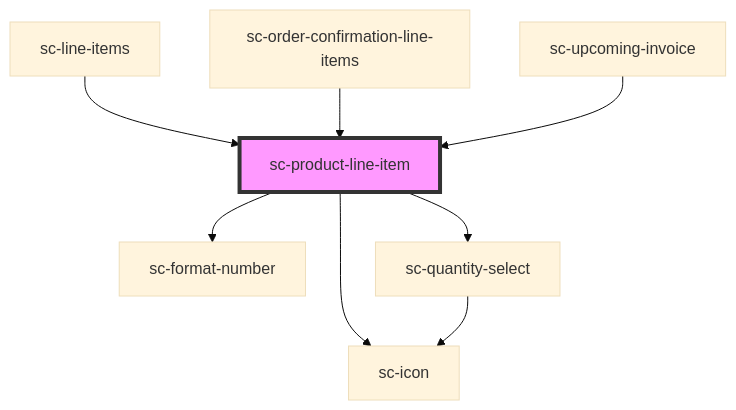
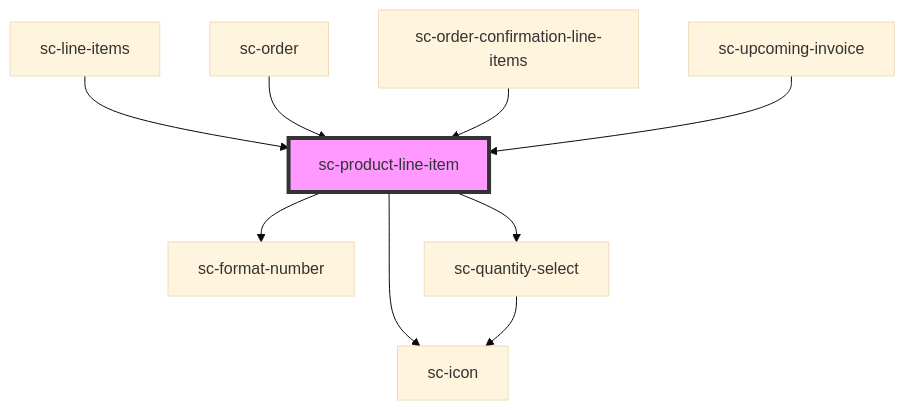
Before and after one commit to surecart/surecart-wp-plugin: the diagram in packages/components/src/components/ui/product-line-item/readme.md, drawn with Mermaid (base theme). The commit also changed other lines of this file and 68 other files, not shown here.

````diff
--- a/packages/components/src/components/ui/product-line-item/readme.md
+++ b/packages/components/src/components/ui/product-line-item/readme.md
@@ -46,11 +47,12 @@
 ```mermaid
 graph TD;
   sc-product-line-item --> sc-format-number
   sc-product-line-item --> sc-quantity-select
   sc-product-line-item --> sc-icon
   sc-quantity-select --> sc-icon
   sc-line-items --> sc-product-line-item
+  sc-order --> sc-product-line-item
   sc-order-confirmation-line-items --> sc-product-line-item
   sc-upcoming-invoice --> sc-product-line-item
   style sc-product-line-item fill:#f9f,stroke:#333,stroke-width:4px
 ```
````
